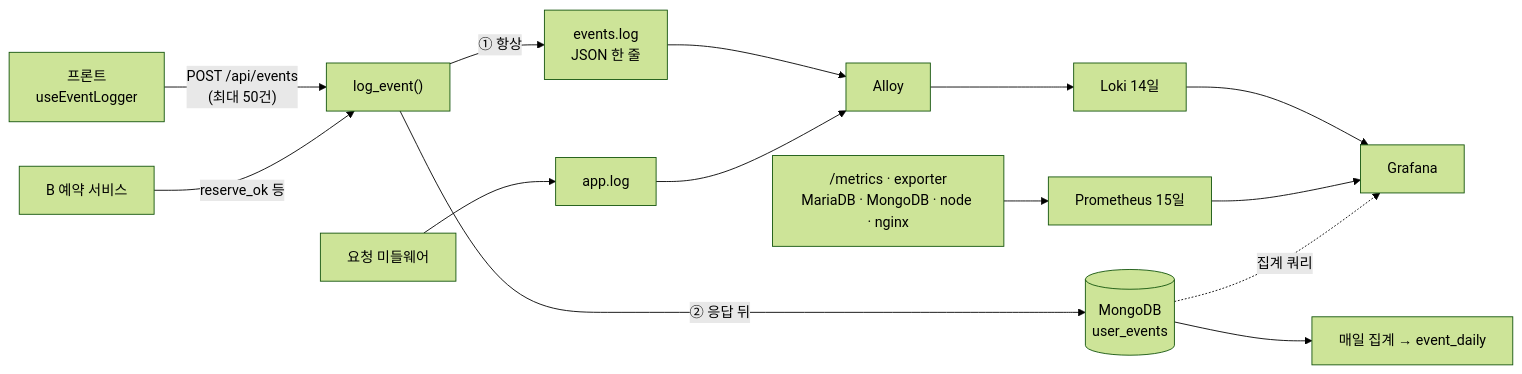
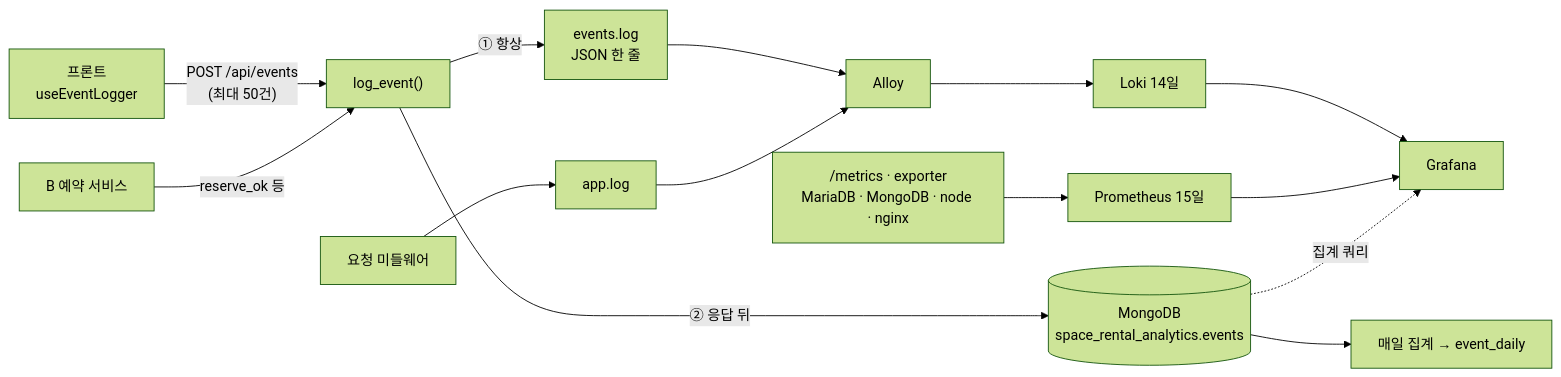
The fifth of 5 diagrams in docs/산출물_02_시스템아키텍처_흐름도.md (encore-ai-campus/mlo-03-p1-team4), drawn with Mermaid (forest theme) before and after one commit. The commit also changed other lines of this file and 7 other files, not shown here.

````diff
--- a/docs/산출물_02_시스템아키텍처_흐름도.md
+++ b/docs/산출물_02_시스템아키텍처_흐름도.md
@@ -138,16 +138,16 @@
 ```mermaid
 flowchart LR
     FE["프론트<br/>useEventLogger"] -- "POST /api/events<br/>(최대 50건)" --> EV["log_event()"]
     SV["B 예약 서비스"] -- "reserve_ok 등" --> EV
     EV -- "① 항상" --> EL["events.log<br/>JSON 한 줄"]
-    EV -- "② 응답 뒤" --> MG[("MongoDB<br/>user_events")]
+    EV -- "② 응답 뒤" --> MG[("MongoDB<br/>space_rental_analytics.events")]
     MG --> AG["매일 집계 → event_daily"]
     MW["요청 미들웨어"] --> AL["app.log"]
     EL --> AY["Alloy"]
     AL --> AY
     AY --> LK["Loki 14일"]
     MX["/metrics · exporter<br/>MariaDB · MongoDB · node · nginx"] --> PR["Prometheus 15일"]
     LK --> GF["Grafana"]
     PR --> GF
     MG -. "집계 쿼리" .-> GF
 ```
````
